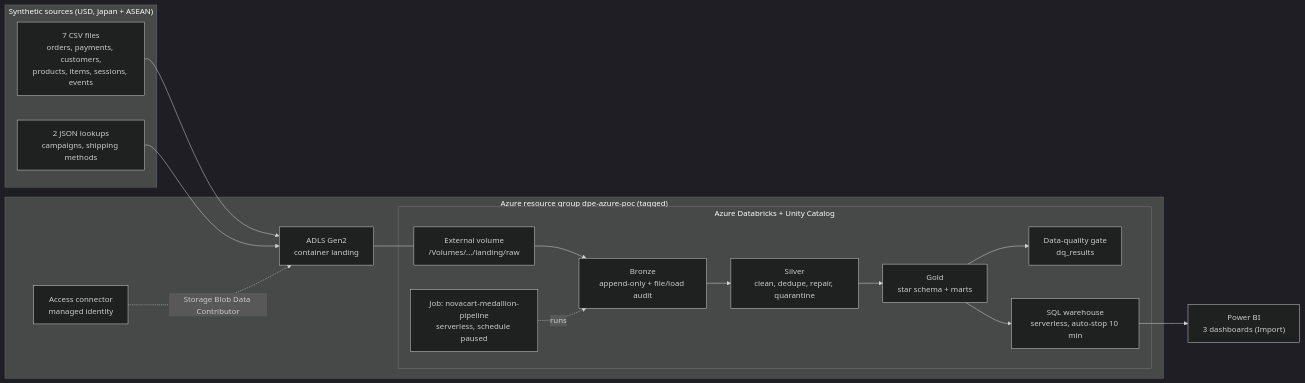
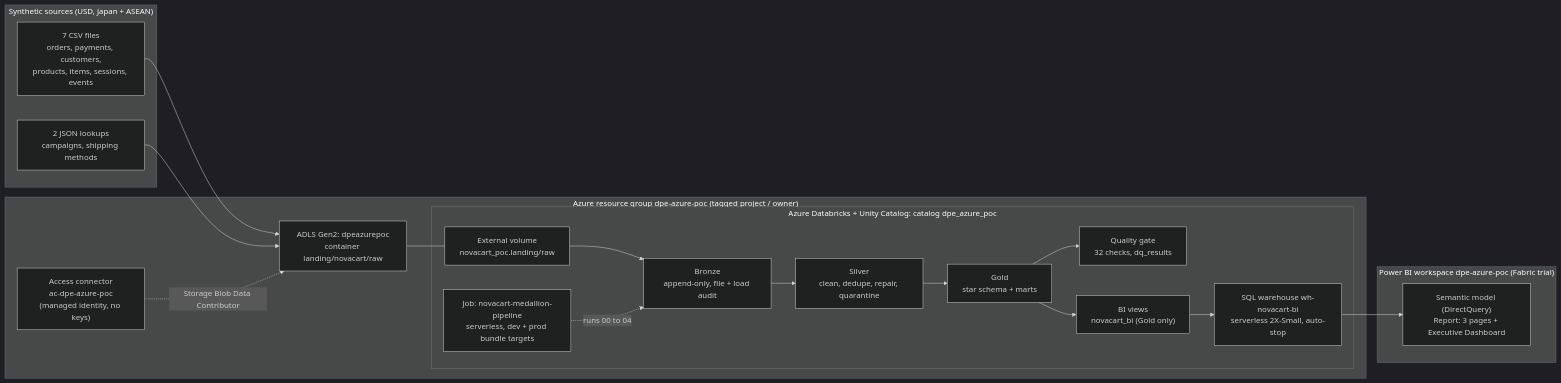
The diagram in docs/architecture.md (SakibulBjit11492/retail_e_commerce), drawn with Mermaid (dark theme) before and after one commit. The commit also changed other lines of this file and 2 other files, not shown here.

Commit message:
docs: architecture diagram updated + PNG/SVG for slides

````diff
--- a/docs/architecture.md
+++ b/docs/architecture.md
@@ -3,29 +3,32 @@
 ```mermaid
 flowchart LR
     subgraph Sources["Synthetic sources (USD, Japan + ASEAN)"]
         CSV["7 CSV files<br/>orders, payments, customers,<br/>products, items, sessions, events"]
         JSON["2 JSON lookups<br/>campaigns, shipping methods"]
     end
-    subgraph Azure["Azure resource group dpe-azure-poc (tagged)"]
-        ADLS["ADLS Gen2<br/>container landing"]
-        subgraph DBX["Azure Databricks + Unity Catalog"]
-            VOL["External volume<br/>/Volumes/.../landing/raw"]
-            JOB["Job: novacart-medallion-pipeline<br/>serverless, schedule paused"]
-            B["Bronze<br/>append-only + file/load audit"]
+    subgraph Azure["Azure resource group dpe-azure-poc (tagged project / owner)"]
+        ADLS["ADLS Gen2: dpeazurepoc<br/>container landing/novacart/raw"]
+        MI["Access connector<br/>ac-dpe-azure-poc<br/>(managed identity, no keys)"]
+        subgraph DBX["Azure Databricks + Unity Catalog: catalog dpe_azure_poc"]
+            VOL["External volume<br/>novacart_poc.landing/raw"]
+            JOB["Job: novacart-medallion-pipeline<br/>serverless, dev + prod bundle targets"]
+            B["Bronze<br/>append-only, file + load audit"]
             S["Silver<br/>clean, dedupe, repair, quarantine"]
             G["Gold<br/>star schema + marts"]
-            DQ["Data-quality gate<br/>dq_results"]
-            WH["SQL warehouse<br/>serverless, auto-stop 10 min"]
+            DQ["Quality gate<br/>32 checks, dq_results"]
+            BI["BI views<br/>novacart_bi (Gold only)"]
+            WH["SQL warehouse wh-novacart-bi<br/>serverless 2X-Small, auto-stop"]
         end
-        MI["Access connector<br/>managed identity"]
     end
-    PBI["Power BI<br/>3 dashboards (Import)"]
+    subgraph PBIS["Power BI workspace dpe-azure-poc (Fabric trial)"]
+        PBI["Semantic model (DirectQuery)<br/>Report: 3 pages + Executive Dashboard"]
+    end
 
     CSV --> ADLS
     JSON --> ADLS
+    MI -. "Storage Blob Data Contributor" .-> ADLS
     ADLS --- VOL
-    MI -. "Storage Blob Data Contributor" .-> ADLS
     VOL --> B --> S --> G --> DQ
-    JOB -. runs .-> B
-    G --> WH --> PBI
+    JOB -. "runs 00 to 04" .-> B
+    G --> BI --> WH --> PBI
 ```
````
